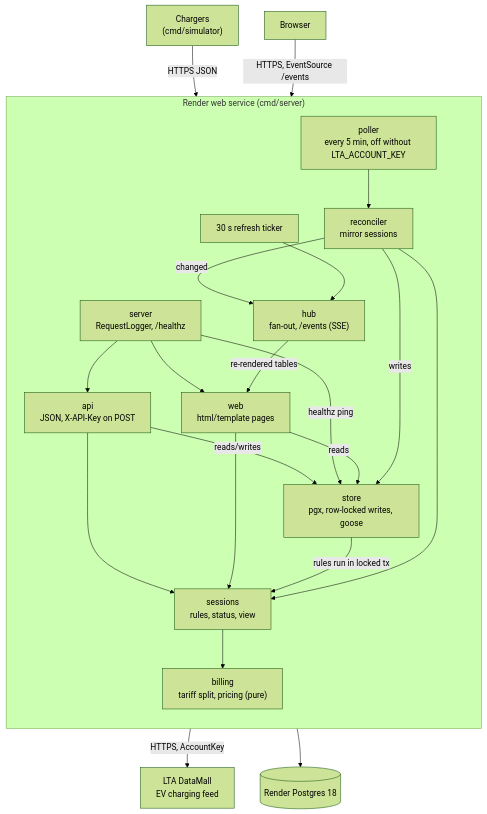
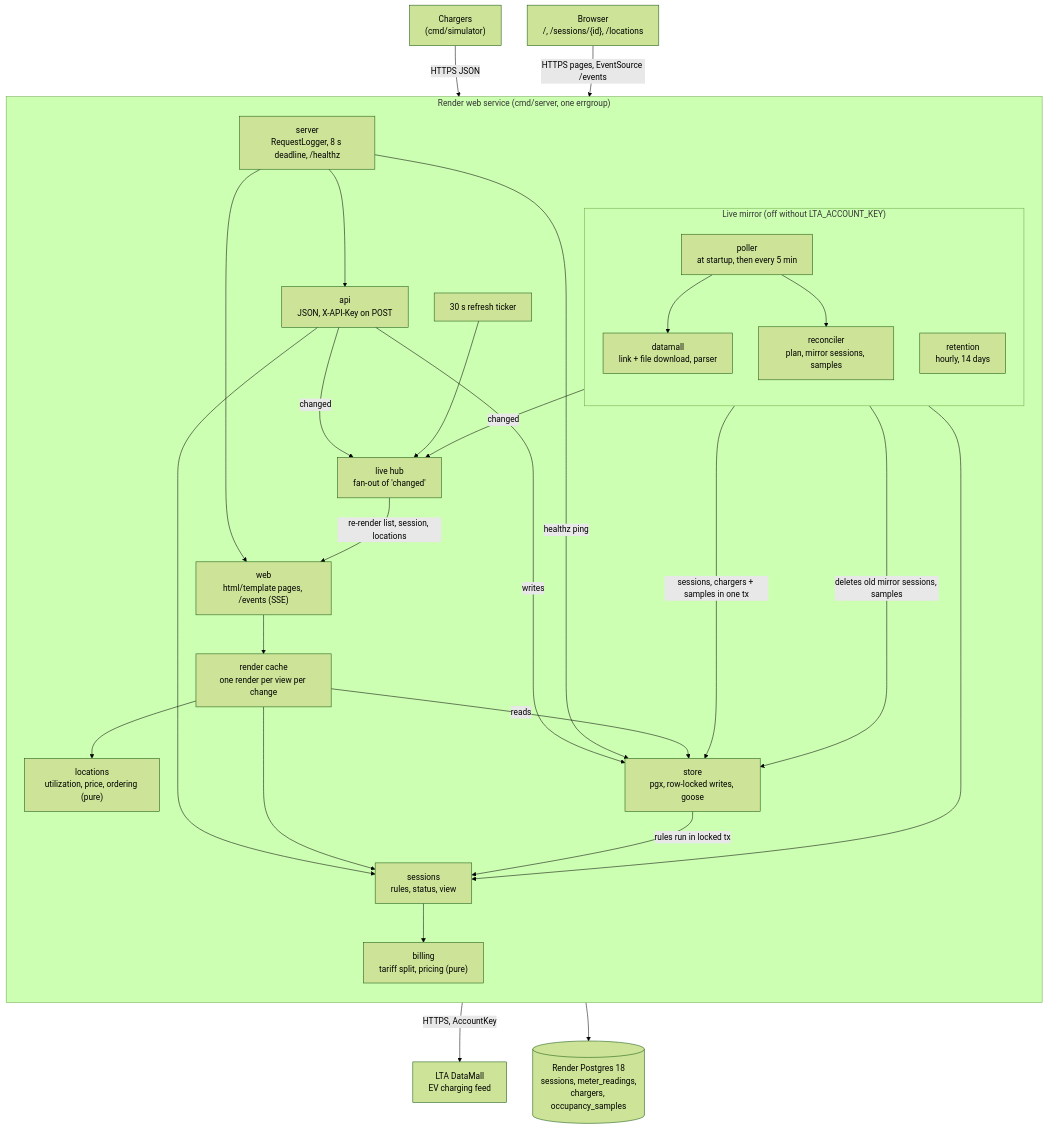
One commit to jlimty/ev-bill changed the first of 2 diagrams in README.md. Above: the diagram before and after it, drawn with Mermaid (forest theme). The commit also changed other lines of this file, not shown here.

Commit message:
docs: README architecture for the mirror and Locations page

````diff
--- a/README.md
+++ b/README.md
@@ -9,42 +11,57 @@
 ```mermaid
 flowchart TB
     SIM["Chargers<br/>(cmd/simulator)"]
-    BROWSER["Browser"]
+    BROWSER["Browser<br/>/, /sessions/{id}, /locations"]
     LTA["LTA DataMall<br/>EV charging feed"]
 
-    subgraph RENDER["Render web service (cmd/server)"]
+    subgraph RENDER["Render web service (cmd/server, one errgroup)"]
         direction TB
-        SRV["server<br/>RequestLogger, /healthz"]
+        SRV["server<br/>RequestLogger, 8 s deadline, /healthz"]
         API["api<br/>JSON, X-API-Key on POST"]
-        WEB["web<br/>html/template pages"]
+        WEB["web<br/>html/template pages, /events (SSE)"]
+        RC["render cache<br/>one render per view per change"]
+        LOC["locations<br/>utilization, price, ordering (pure)"]
         SES["sessions<br/>rules, status, view"]
         BIL["billing<br/>tariff split, pricing (pure)"]
         STO["store<br/>pgx, row-locked writes, goose"]
+
+        subgraph MIRROR["Live mirror (off without LTA_ACCOUNT_KEY)"]
+            direction TB
+            DM["datamall<br/>link + file download, parser"]
+            POLL["poller<br/>at startup, then every 5 min"]
+            REC["reconciler<br/>plan, mirror sessions, samples"]
+            RET["retention<br/>hourly, 14 days"]
+            POLL --> DM
+            POLL --> REC
+        end
+
+        HUB["live hub<br/>fan-out of 'changed'"]
+        TICK["30 s refresh ticker"]
+
         SRV --> API
         SRV --> WEB
         API --> SES
-        WEB --> SES
+        WEB --> RC
+        RC --> SES
+        RC --> LOC
         SES --> BIL
-        API -->|"reads/writes"| STO
+        API -->|"writes"| STO
+        API -->|"changed"| HUB
         SRV -->|"healthz ping"| STO
-        WEB -->|"reads"| STO
+        RC -->|"reads"| STO
         STO -->|"rules run in locked tx"| SES
-        POLL["poller<br/>every 5 min, off without LTA_ACCOUNT_KEY"]
-        REC["reconciler<br/>mirror sessions"]
-        HUB["hub<br/>fan-out, /events (SSE)"]
-        TICK["30 s refresh ticker"]
-        POLL --> REC
         REC --> SES
-        REC -->|"writes"| STO
+        REC -->|"sessions, chargers + samples in one tx"| STO
+        RET -->|"deletes old mirror sessions, samples"| STO
         REC -->|"changed"| HUB
         TICK --> HUB
-        HUB -->|"re-rendered tables"| WEB
+        HUB -->|"re-render list, session, locations"| WEB
     end
 
-    DB[("Render Postgres 18")]
+    DB[("Render Postgres 18<br/>sessions, meter_readings,<br/>chargers, occupancy_samples")]
 
     SIM -->|"HTTPS JSON"| SRV
-    BROWSER -->|"HTTPS, EventSource /events"| SRV
-    POLL -->|"HTTPS, AccountKey"| LTA
+    BROWSER -->|"HTTPS pages, EventSource /events"| SRV
+    DM -->|"HTTPS, AccountKey"| LTA
     STO --> DB
 ```
````
